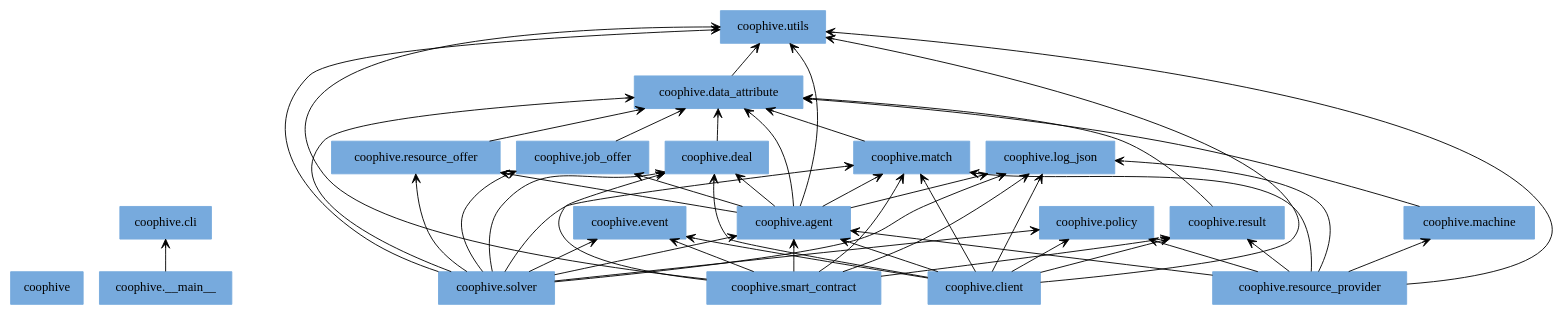
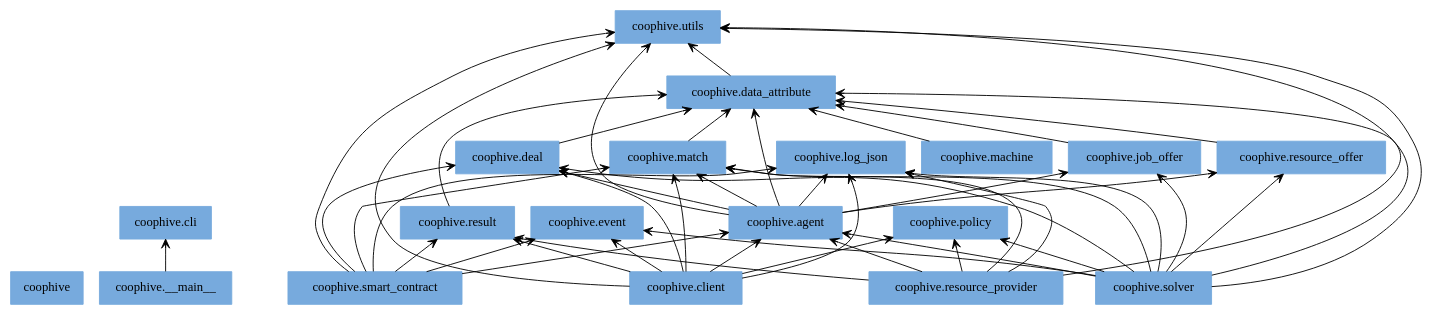
Before and after one commit to CoopHive/Apiary: the diagram in docs/img/packages_coophive.dot, drawn with Graphviz. The commit also changed 5 other files, not shown here.

```diff
--- a/docs/img/packages_coophive.dot
+++ b/docs/img/packages_coophive.dot
@@ -1,70 +1,69 @@
 digraph "packages_coophive" {
 rankdir=BT
 charset="utf-8"
 "coophive" [color="#77AADD", label=<coophive>, shape="box", style="filled"];
 "coophive.__main__" [color="#77AADD", label=<coophive.__main__>, shape="box", style="filled"];
 "coophive.agent" [color="#77AADD", label=<coophive.agent>, shape="box", style="filled"];
 "coophive.cli" [color="#77AADD", label=<coophive.cli>, shape="box", style="filled"];
 "coophive.client" [color="#77AADD", label=<coophive.client>, shape="box", style="filled"];
 "coophive.data_attribute" [color="#77AADD", label=<coophive.data_attribute>, shape="box", style="filled"];
 "coophive.deal" [color="#77AADD", label=<coophive.deal>, shape="box", style="filled"];
 "coophive.event" [color="#77AADD", label=<coophive.event>, shape="box", style="filled"];
 "coophive.job_offer" [color="#77AADD", label=<coophive.job_offer>, shape="box", style="filled"];
 "coophive.log_json" [color="#77AADD", label=<coophive.log_json>, shape="box", style="filled"];
 "coophive.machine" [color="#77AADD", label=<coophive.machine>, shape="box", style="filled"];
 "coophive.match" [color="#77AADD", label=<coophive.match>, shape="box", style="filled"];
 "coophive.policy" [color="#77AADD", label=<coophive.policy>, shape="box", style="filled"];
 "coophive.resource_offer" [color="#77AADD", label=<coophive.resource_offer>, shape="box", style="filled"];
 "coophive.resource_provider" [color="#77AADD", label=<coophive.resource_provider>, shape="box", style="filled"];
 "coophive.result" [color="#77AADD", label=<coophive.result>, shape="box", style="filled"];
 "coophive.smart_contract" [color="#77AADD", label=<coophive.smart_contract>, shape="box", style="filled"];
 "coophive.solver" [color="#77AADD", label=<coophive.solver>, shape="box", style="filled"];
 "coophive.utils" [color="#77AADD", label=<coophive.utils>, shape="box", style="filled"];
 "coophive.__main__" -> "coophive.cli" [arrowhead="open", arrowtail="none"];
 "coophive.agent" -> "coophive.data_attribute" [arrowhead="open", arrowtail="none"];
 "coophive.agent" -> "coophive.deal" [arrowhead="open", arrowtail="none"];
 "coophive.agent" -> "coophive.job_offer" [arrowhead="open", arrowtail="none"];
 "coophive.agent" -> "coophive.log_json" [arrowhead="open", arrowtail="none"];
 "coophive.agent" -> "coophive.match" [arrowhead="open", arrowtail="none"];
 "coophive.agent" -> "coophive.resource_offer" [arrowhead="open", arrowtail="none"];
 "coophive.agent" -> "coophive.utils" [arrowhead="open", arrowtail="none"];
 "coophive.client" -> "coophive.agent" [arrowhead="open", arrowtail="none"];
 "coophive.client" -> "coophive.deal" [arrowhead="open", arrowtail="none"];
 "coophive.client" -> "coophive.event" [arrowhead="open", arrowtail="none"];
 "coophive.client" -> "coophive.log_json" [arrowhead="open", arrowtail="none"];
 "coophive.client" -> "coophive.match" [arrowhead="open", arrowtail="none"];
 "coophive.client" -> "coophive.policy" [arrowhead="open", arrowtail="none"];
 "coophive.client" -> "coophive.result" [arrowhead="open", arrowtail="none"];
 "coophive.client" -> "coophive.utils" [arrowhead="open", arrowtail="none"];
 "coophive.data_attribute" -> "coophive.utils" [arrowhead="open", arrowtail="none"];
 "coophive.deal" -> "coophive.data_attribute" [arrowhead="open", arrowtail="none"];
 "coophive.job_offer" -> "coophive.data_attribute" [arrowhead="open", arrowtail="none"];
 "coophive.machine" -> "coophive.data_attribute" [arrowhead="open", arrowtail="none"];
 "coophive.match" -> "coophive.data_attribute" [arrowhead="open", arrowtail="none"];
 "coophive.resource_offer" -> "coophive.data_attribute" [arrowhead="open", arrowtail="none"];
 "coophive.resource_provider" -> "coophive.agent" [arrowhead="open", arrowtail="none"];
 "coophive.resource_provider" -> "coophive.log_json" [arrowhead="open", arrowtail="none"];
-"coophive.resource_provider" -> "coophive.machine" [arrowhead="open", arrowtail="none"];
 "coophive.resource_provider" -> "coophive.match" [arrowhead="open", arrowtail="none"];
 "coophive.resource_provider" -> "coophive.policy" [arrowhead="open", arrowtail="none"];
 "coophive.resource_provider" -> "coophive.result" [arrowhead="open", arrowtail="none"];
 "coophive.resource_provider" -> "coophive.utils" [arrowhead="open", arrowtail="none"];
 "coophive.result" -> "coophive.data_attribute" [arrowhead="open", arrowtail="none"];
 "coophive.smart_contract" -> "coophive.agent" [arrowhead="open", arrowtail="none"];
 "coophive.smart_contract" -> "coophive.deal" [arrowhead="open", arrowtail="none"];
 "coophive.smart_contract" -> "coophive.event" [arrowhead="open", arrowtail="none"];
 "coophive.smart_contract" -> "coophive.log_json" [arrowhead="open", arrowtail="none"];
 "coophive.smart_contract" -> "coophive.match" [arrowhead="open", arrowtail="none"];
 "coophive.smart_contract" -> "coophive.result" [arrowhead="open", arrowtail="none"];
 "coophive.smart_contract" -> "coophive.utils" [arrowhead="open", arrowtail="none"];
 "coophive.solver" -> "coophive.agent" [arrowhead="open", arrowtail="none"];
 "coophive.solver" -> "coophive.data_attribute" [arrowhead="open", arrowtail="none"];
 "coophive.solver" -> "coophive.deal" [arrowhead="open", arrowtail="none"];
 "coophive.solver" -> "coophive.event" [arrowhead="open", arrowtail="none"];
 "coophive.solver" -> "coophive.job_offer" [arrowhead="open", arrowtail="none"];
 "coophive.solver" -> "coophive.log_json" [arrowhead="open", arrowtail="none"];
 "coophive.solver" -> "coophive.match" [arrowhead="open", arrowtail="none"];
 "coophive.solver" -> "coophive.policy" [arrowhead="open", arrowtail="none"];
 "coophive.solver" -> "coophive.resource_offer" [arrowhead="open", arrowtail="none"];
 "coophive.solver" -> "coophive.utils" [arrowhead="open", arrowtail="none"];
 }
```
